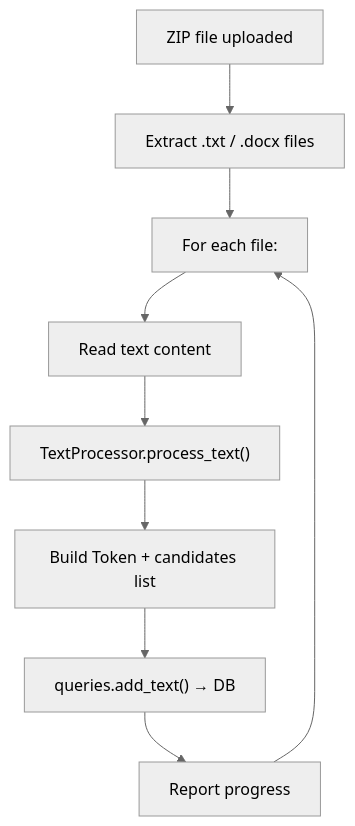
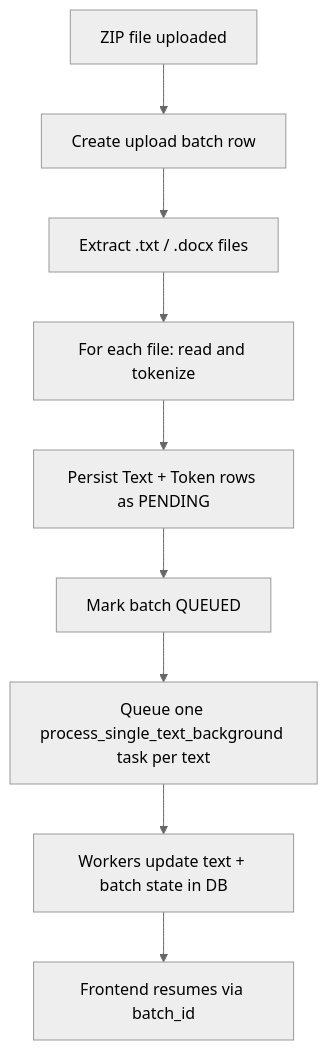
Before and after one commit to jhssilv/corcel-platform: the second of 3 diagrams in api/docs/async-tasks.md, drawn with Mermaid (neutral theme). The commit also changed other lines of this file, not shown here.

Commit message:
Update async task documentation

````diff
--- a/api/docs/async-tasks.md
+++ b/api/docs/async-tasks.md
@@ -67,11 +69,11 @@
 ```mermaid
 flowchart TD
-    A["ZIP file uploaded"] --> B["Extract .txt / .docx files"]
-    B --> C["For each file:"]
-    C --> D["Read text content"]
-    D --> E["TextProcessor.process_text()"]
-    E --> F["Build Token + candidates list"]
-    F --> G["queries.add_text() → DB"]
-    G --> H["Report progress"]
-    H --> C
+    A["ZIP file uploaded"] --> B["Create upload batch row"]
+    B --> C["Extract .txt / .docx files"]
+    C --> D["For each file: read and tokenize"]
+    D --> E["Persist Text + Token rows as PENDING"]
+    E --> F["Mark batch QUEUED"]
+    F --> G["Queue one process_single_text_background task per text"]
+    G --> H["Workers update text + batch state in DB"]
+    H --> I["Frontend resumes via batch_id"]
 ```
````
